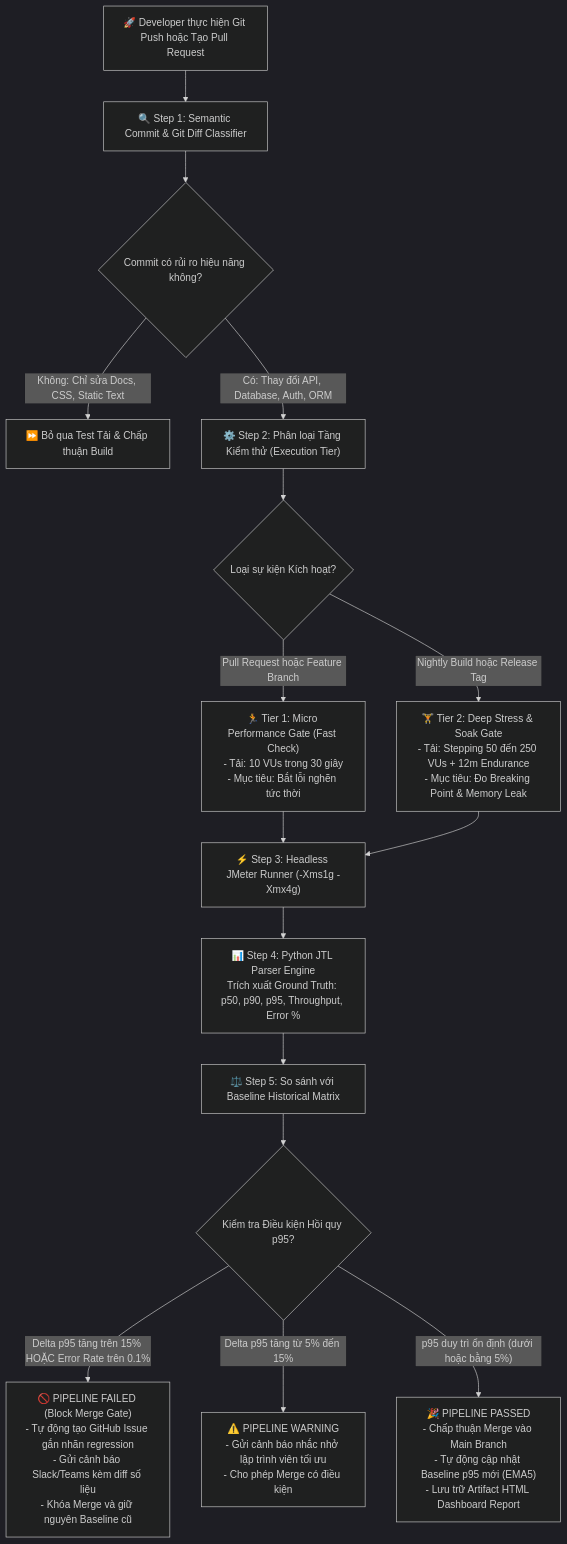
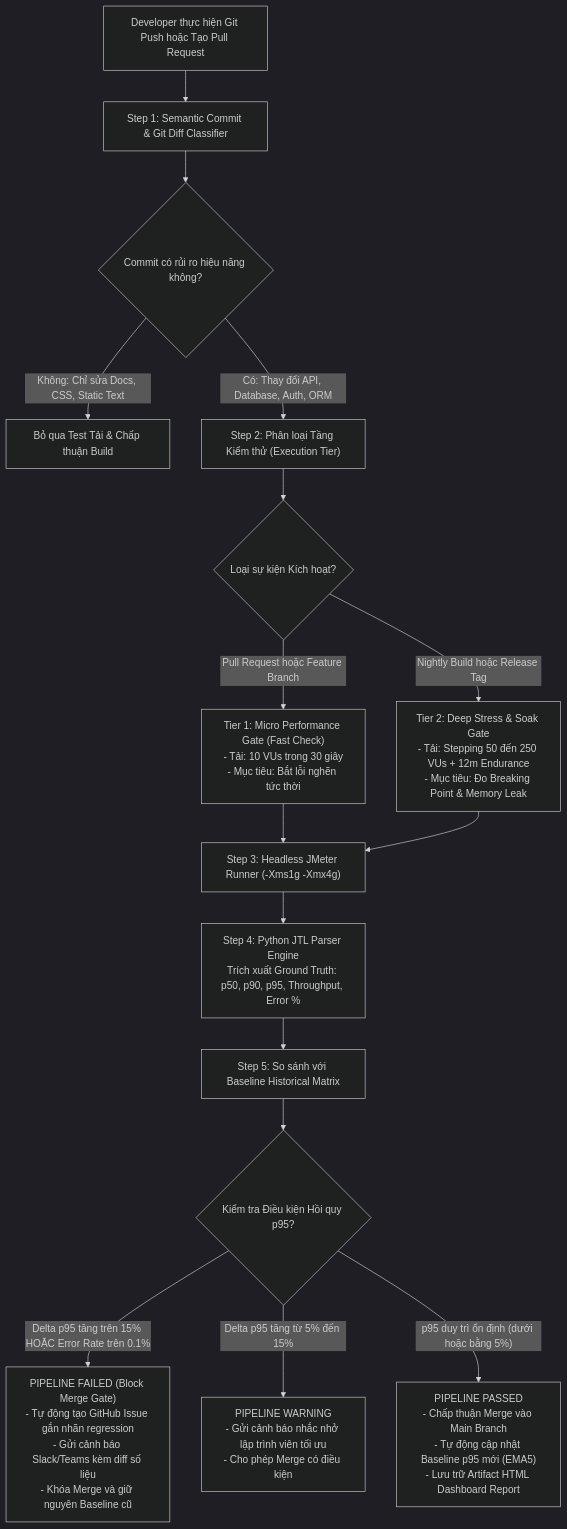
The diagram in submissions/23127205/report/task3-continuous-performance-testing.md (HCMUS-software-testing/HW05), drawn with Mermaid (dark theme) before and after one commit. The commit also changed other lines of this file, not shown here.

Commit message:
docs: remove unnecessary icons from Task 3 report and standardize flowchart text

````diff
--- a/submissions/23127205/report/task3-continuous-performance-testing.md
+++ b/submissions/23127205/report/task3-continuous-performance-testing.md
@@ -23,29 +23,29 @@
 ```mermaid
 flowchart TD
-    A["🚀 Developer thực hiện Git Push hoặc Tạo Pull Request"] --> B["🔍 Step 1: Semantic Commit & Git Diff Classifier"]
+    A["Developer thực hiện Git Push hoặc Tạo Pull Request"] --> B["Step 1: Semantic Commit & Git Diff Classifier"]
     
     B --> C{"Commit có rủi ro hiệu năng không?"}
     
-    C -->|"Không: Chỉ sửa Docs, CSS, Static Text"| D["⏩ Bỏ qua Test Tải & Chấp thuận Build"]
-    C -->|"Có: Thay đổi API, Database, Auth, ORM"| E["⚙️ Step 2: Phân loại Tầng Kiểm thử (Execution Tier)"]
+    C -->|"Không: Chỉ sửa Docs, CSS, Static Text"| D["Bỏ qua Test Tải & Chấp thuận Build"]
+    C -->|"Có: Thay đổi API, Database, Auth, ORM"| E["Step 2: Phân loại Tầng Kiểm thử (Execution Tier)"]
     
     E --> F{"Loại sự kiện Kích hoạt?"}
     
-    F -->|"Pull Request hoặc Feature Branch"| G["🏃 Tier 1: Micro Performance Gate (Fast Check)<br>- Tải: 10 VUs trong 30 giây<br>- Mục tiêu: Bắt lỗi nghẽn tức thời"]
-    F -->|"Nightly Build hoặc Release Tag"| H["🏋️ Tier 2: Deep Stress & Soak Gate<br>- Tải: Stepping 50 đến 250 VUs + 12m Endurance<br>- Mục tiêu: Đo Breaking Point & Memory Leak"]
+    F -->|"Pull Request hoặc Feature Branch"| G["Tier 1: Micro Performance Gate (Fast Check)<br>- Tải: 10 VUs trong 30 giây<br>- Mục tiêu: Bắt lỗi nghẽn tức thời"]
+    F -->|"Nightly Build hoặc Release Tag"| H["Tier 2: Deep Stress & Soak Gate<br>- Tải: Stepping 50 đến 250 VUs + 12m Endurance<br>- Mục tiêu: Đo Breaking Point & Memory Leak"]
     
-    G --> I["⚡ Step 3: Headless JMeter Runner (-Xms1g -Xmx4g)"]
+    G --> I["Step 3: Headless JMeter Runner (-Xms1g -Xmx4g)"]
     H --> I
     
-    I --> J["📊 Step 4: Python JTL Parser Engine<br>Trích xuất Ground Truth: p50, p90, p95, Throughput, Error %"]
+    I --> J["Step 4: Python JTL Parser Engine<br>Trích xuất Ground Truth: p50, p90, p95, Throughput, Error %"]
     
-    J --> K["⚖️ Step 5: So sánh với Baseline Historical Matrix"]
+    J --> K["Step 5: So sánh với Baseline Historical Matrix"]
     
     K --> L{"Kiểm tra Điều kiện Hồi quy p95?"}
     
-    L -->|"Delta p95 tăng trên 15% HOẶC Error Rate trên 0.1%"| M["🚫 PIPELINE FAILED (Block Merge Gate)<br>- Tự động tạo GitHub Issue gắn nhãn regression<br>- Gửi cảnh báo Slack/Teams kèm diff số liệu<br>- Khóa Merge và giữ nguyên Baseline cũ"]
+    L -->|"Delta p95 tăng trên 15% HOẶC Error Rate trên 0.1%"| M["PIPELINE FAILED (Block Merge Gate)<br>- Tự động tạo GitHub Issue gắn nhãn regression<br>- Gửi cảnh báo Slack/Teams kèm diff số liệu<br>- Khóa Merge và giữ nguyên Baseline cũ"]
     
-    L -->|"Delta p95 tăng từ 5% đến 15%"| N["⚠️ PIPELINE WARNING<br>- Gửi cảnh báo nhắc nhở lập trình viên tối ưu<br>- Cho phép Merge có điều kiện"]
+    L -->|"Delta p95 tăng từ 5% đến 15%"| N["PIPELINE WARNING<br>- Gửi cảnh báo nhắc nhở lập trình viên tối ưu<br>- Cho phép Merge có điều kiện"]
     
-    L -->|"p95 duy trì ổn định (dưới hoặc bằng 5%)"| O["🎉 PIPELINE PASSED<br>- Chấp thuận Merge vào Main Branch<br>- Tự động cập nhật Baseline p95 mới (EMA5)<br>- Lưu trữ Artifact HTML Dashboard Report"]
+    L -->|"p95 duy trì ổn định (dưới hoặc bằng 5%)"| O["PIPELINE PASSED<br>- Chấp thuận Merge vào Main Branch<br>- Tự động cập nhật Baseline p95 mới (EMA5)<br>- Lưu trữ Artifact HTML Dashboard Report"]
 ```
````
